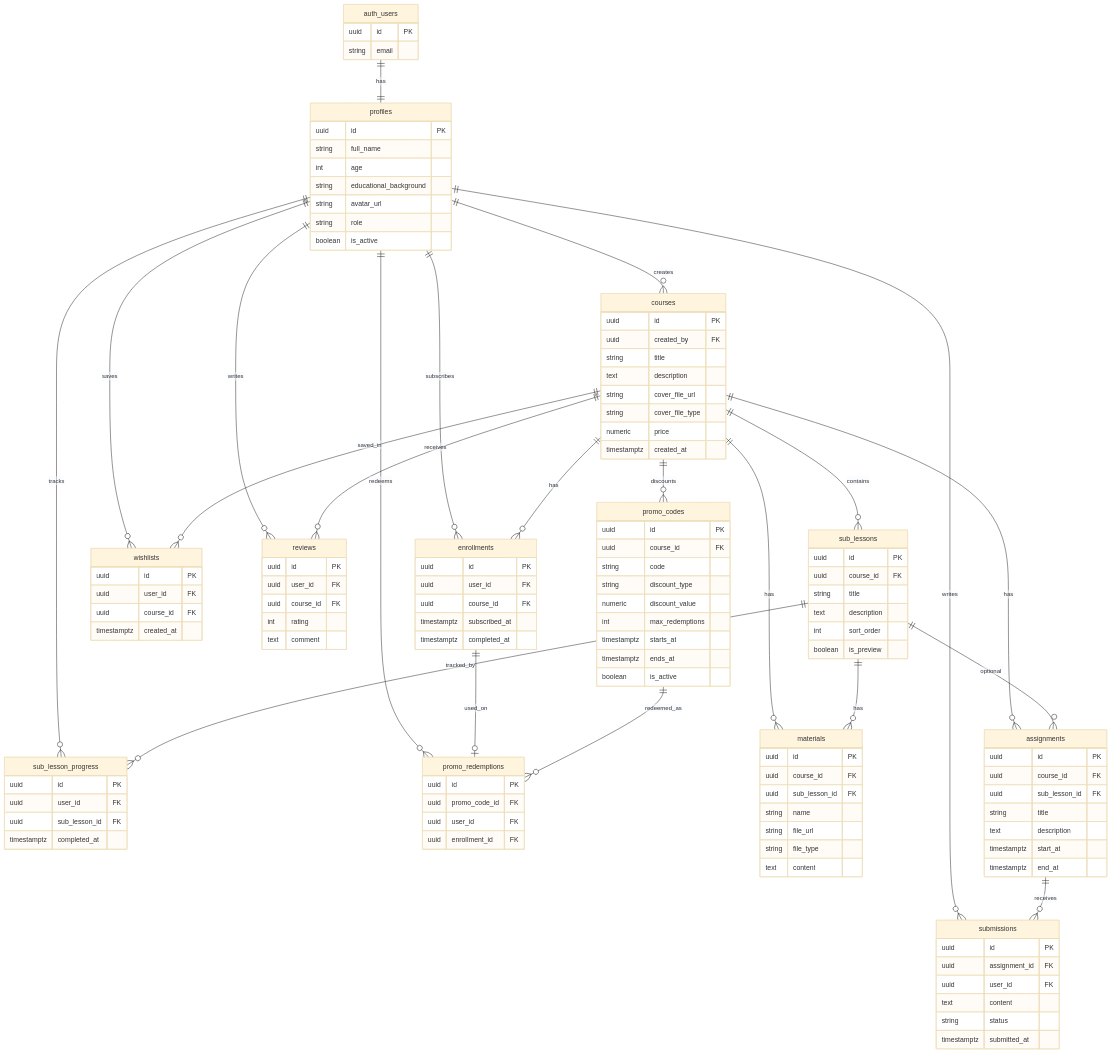
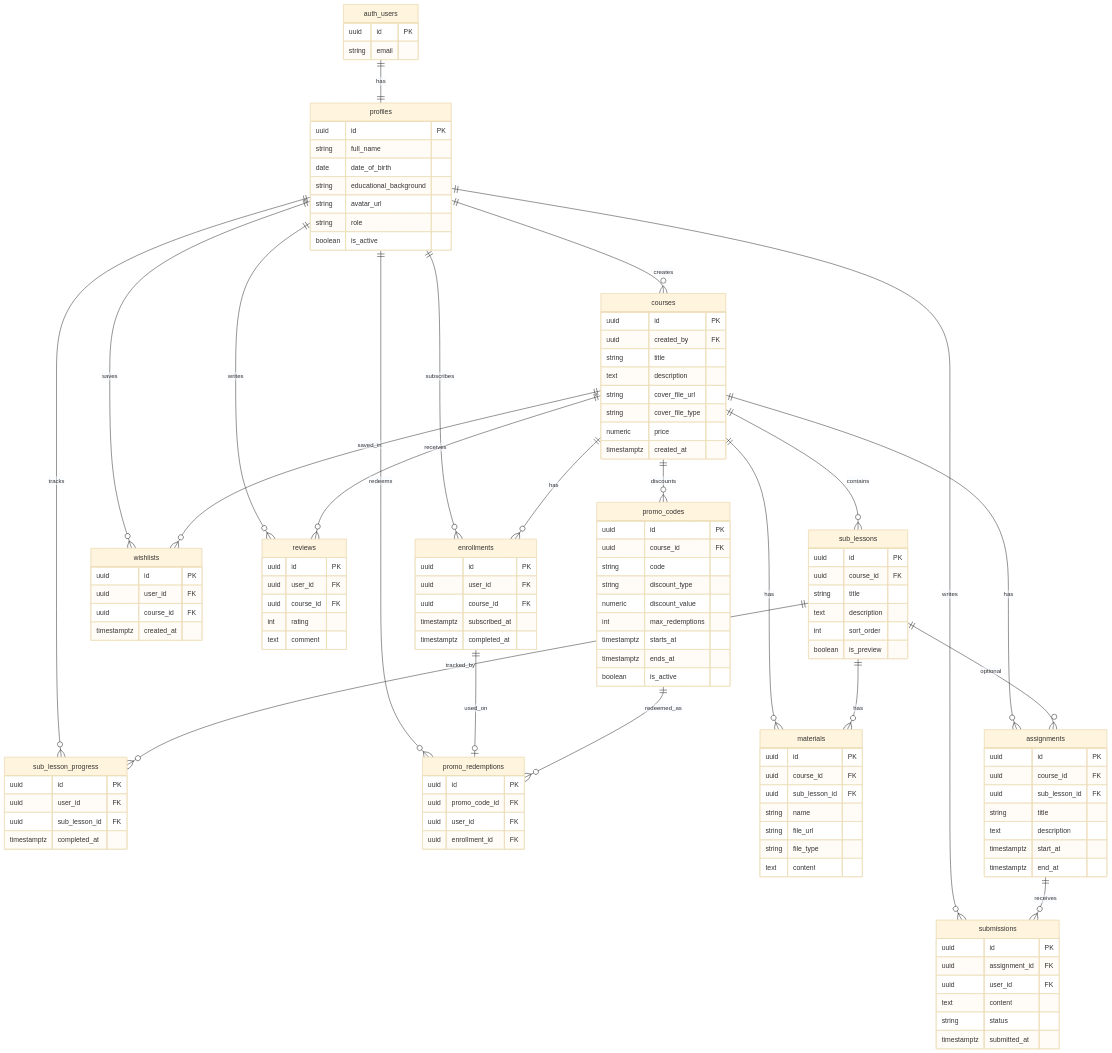
Before and after one commit to Anthony-FS/courseflow: the diagram in docs/erd.md, drawn with Mermaid (base theme). The commit also changed 1 other file, not shown here.

Commit message:
refactor: update registration form to use date of birth instead of age
- Replaced the age field with date_of_birth in the profiles schema.
- Removed the age calculation function and updated validation to check for valid date of birth input.
- Adjusted the RegisterForm component to handle date_of_birth instead of age for user registration.

```diff
--- a/docs/erd.md
+++ b/docs/erd.md
@@ -41,7 +41,7 @@
   profiles {
     uuid id PK
     string full_name
-    int age
+    date date_of_birth
     string educational_background
     string avatar_url
     string role
```
